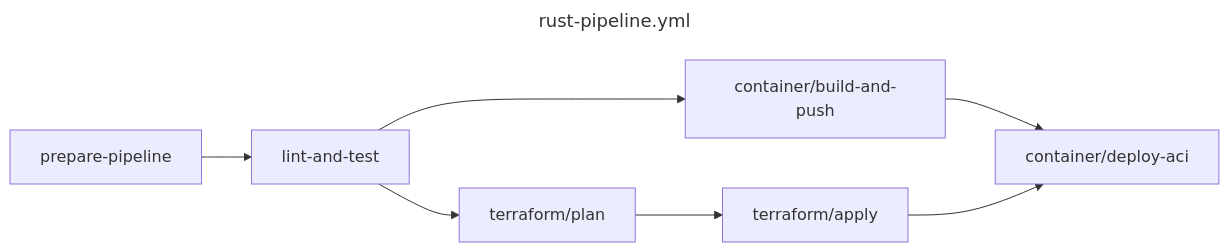
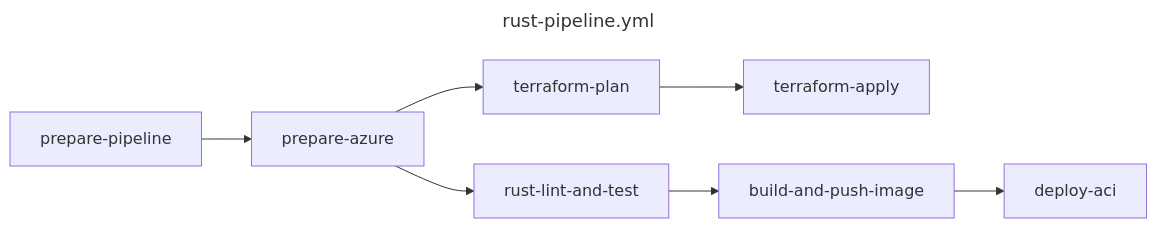
One commit to lerpz-com/github-actions changed the diagram in README.md. Above: the diagram before and after it, drawn with Mermaid. The commit also changed 3 other files, not shown here.

````diff
--- a/README.md
+++ b/README.md
@@ -11,12 +11,12 @@
 ```mermaid
 ---
 title: rust-pipeline.yml
 ---
-flowchart LR
-    A[prepare-pipeline] --> B[lint-and-test]
-    B --> C[container/build-and-push]
-    B --> E[terraform/plan]
-    C --> D[container/deploy-aci]
-    E --> F[terraform/apply]
-    F --> D
+flowchart LR;
+    PP[prepare-pipeline] --> PA[prepare-azure]
+    PA --> TP[terraform-plan]
+    TP --> TA[terraform-apply]
+    PA --> RLAT[rust-lint-and-test]
+    RLAT --> BAPI[build-and-push-image]
+    BAPI --> DA[deploy-aci]
 ```
````
